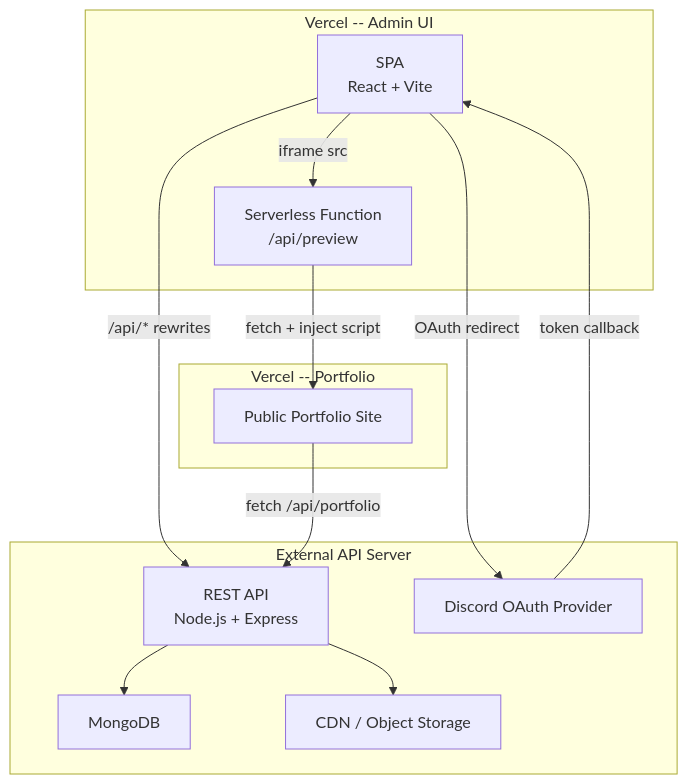
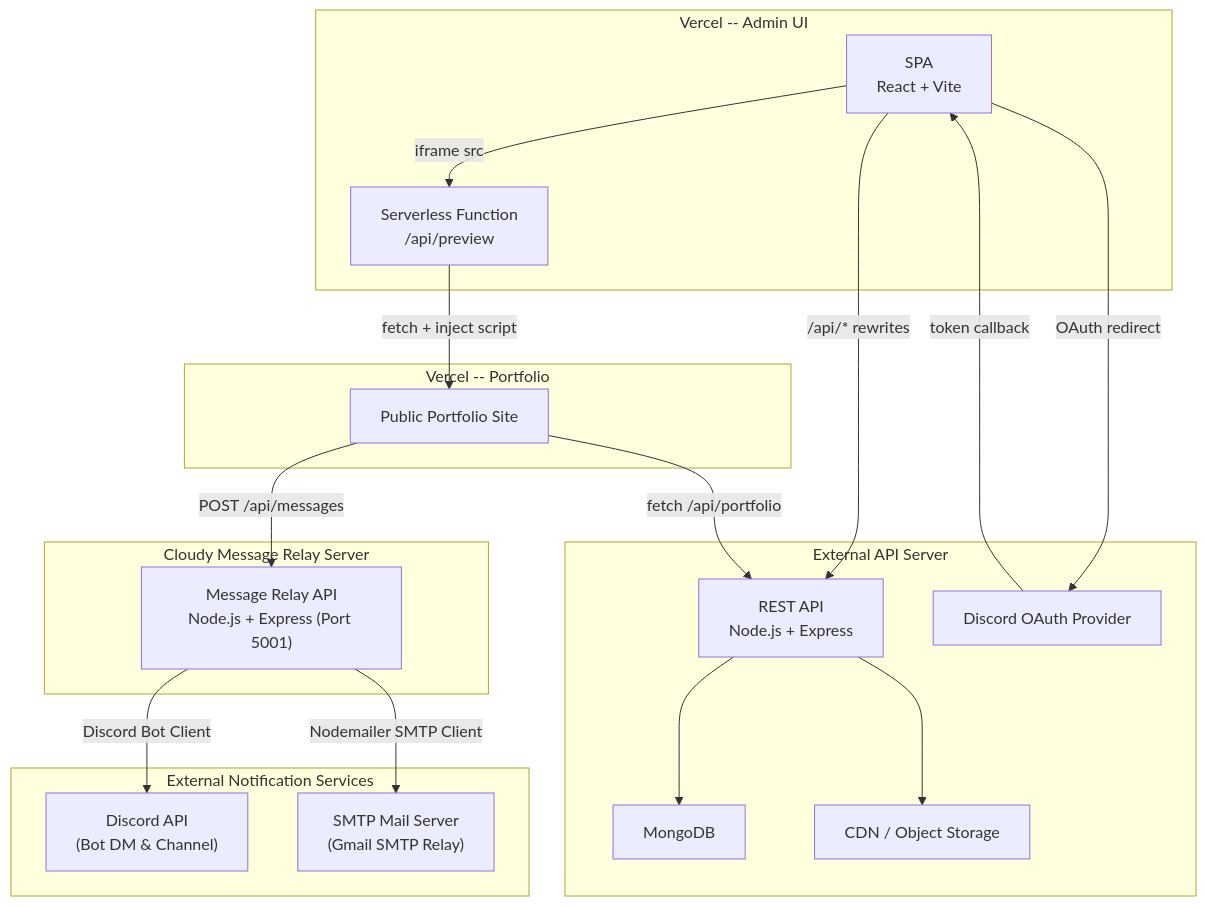
One commit to Azaken1248/CloudyPortfolioAdminUI changed the first of 6 diagrams in README.md. Above: the diagram before and after it, drawn with Mermaid.

````diff
--- a/README.md
+++ b/README.md
@@ -71,27 +71,40 @@
 ```mermaid
 graph TB
     subgraph "Vercel -- Admin UI"
         A["SPA<br/>React + Vite"]
         B["Serverless Function<br/>/api/preview"]
     end
 
     subgraph "External API Server"
         C["REST API<br/>Node.js + Express"]
         D["MongoDB"]
         E["CDN / Object Storage"]
         F["Discord OAuth Provider"]
     end
 
     subgraph "Vercel -- Portfolio"
         G["Public Portfolio Site"]
     end
 
+    subgraph "Cloudy Message Relay Server"
+        H["Message Relay API<br/>Node.js + Express (Port 5001)"]
+    end
+
+    subgraph "External Notification Services"
+        I["Discord API<br/>(Bot DM & Channel)"]
+        J["SMTP Mail Server<br/>(Gmail SMTP Relay)"]
+    end
+
     A -- "/api/* rewrites" --> C
     A -- "iframe src" --> B
     B -- "fetch + inject script" --> G
     C --> D
     C --> E
     A -- "OAuth redirect" --> F
     F -- "token callback" --> A
     G -- "fetch /api/portfolio" --> C
+    
+    G -- "POST /api/messages" --> H
+    H -- "Discord Bot Client" --> I
+    H -- "Nodemailer SMTP Client" --> J
 ```
````
